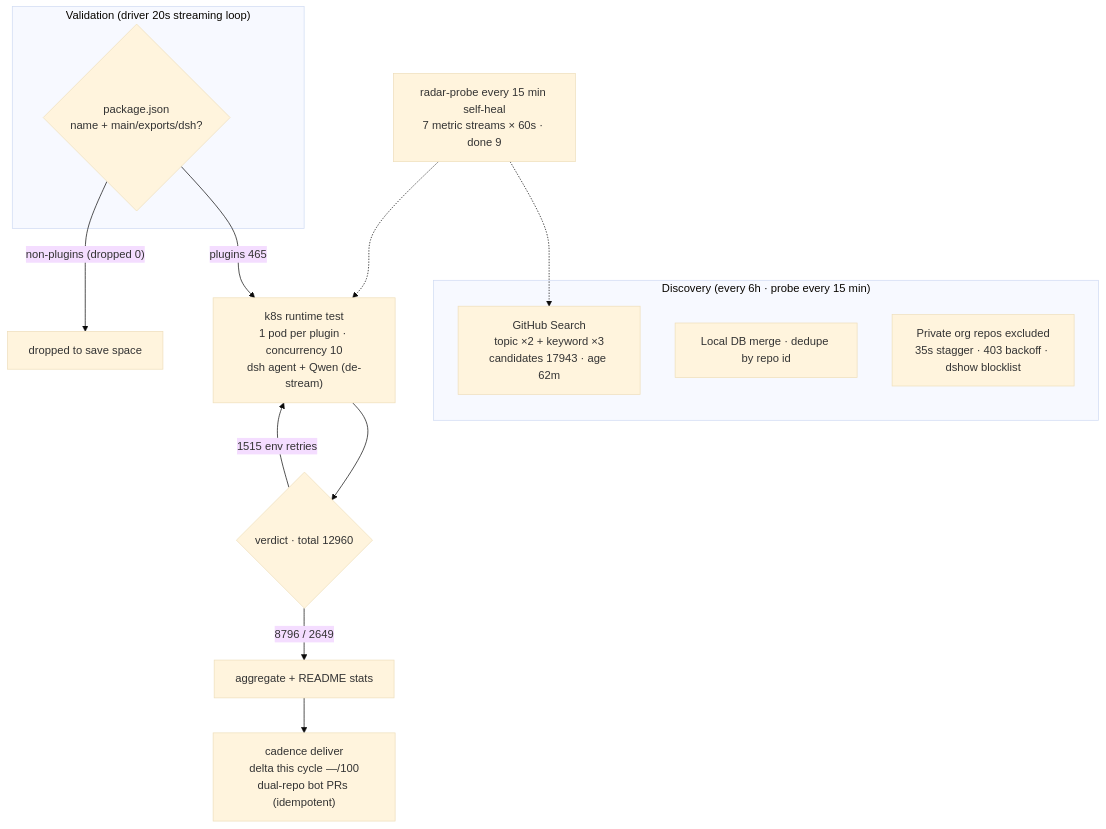
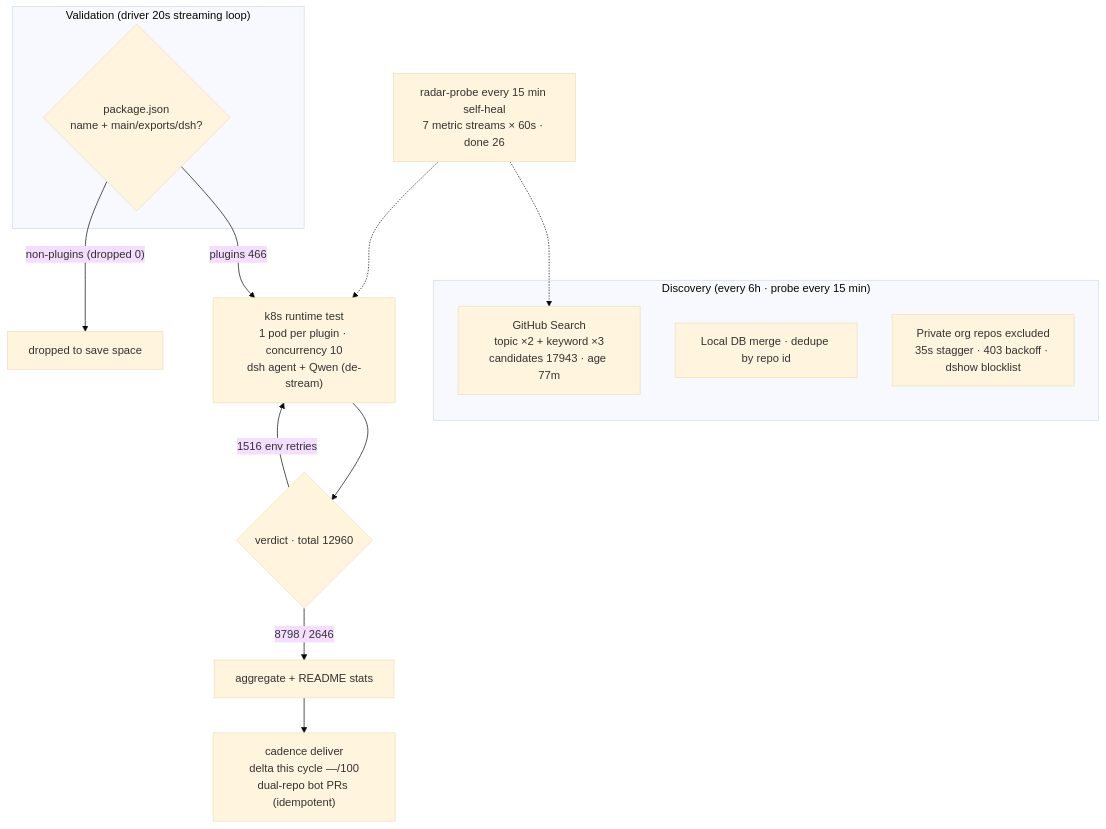
The diagram in README.en-US.md (AdamPlatin123/awesome-dsh-plugins), drawn with Mermaid (base theme) before and after one commit. The commit also changed other lines of this file and 5 other files, not shown here.

````diff
--- a/README.en-US.md
+++ b/README.en-US.md
@@ -45,20 +45,20 @@
 ```mermaid
 flowchart TB
     subgraph Discovery["Discovery (every 6h · probe every 15 min)"]
-        A1["GitHub Search<br/>topic ×2 + keyword ×3<br/>candidates 17943 · age 62m"]
+        A1["GitHub Search<br/>topic ×2 + keyword ×3<br/>candidates 17943 · age 77m"]
         A2["Local DB merge · dedupe by repo id"]
         A3["Private org repos excluded<br/>35s stagger · 403 backoff · dshow blocklist"]
     end
     subgraph Validation["Validation (driver 20s streaming loop)"]
         B1{"package.json<br/>name + main/exports/dsh?"}
     end
-    B1 -->|"plugins 465"| C1["k8s runtime test<br/>1 pod per plugin · concurrency 10<br/>dsh agent + Qwen (de-stream)"]
+    B1 -->|"plugins 466"| C1["k8s runtime test<br/>1 pod per plugin · concurrency 10<br/>dsh agent + Qwen (de-stream)"]
     B1 -->|"non-plugins (dropped 0)"| B3["dropped to save space"]
     C1 --> D1{"verdict · total 12960"}
-    D1 -->|"8796 / 2649"| E1["aggregate + README stats"]
-    D1 -->|"1515 env retries"| C1
+    D1 -->|"8798 / 2646"| E1["aggregate + README stats"]
+    D1 -->|"1516 env retries"| C1
     E1 --> E2["cadence deliver<br/>delta this cycle —/100<br/>dual-repo bot PRs (idempotent)"]
-    M["radar-probe every 15 min self-heal<br/>7 metric streams × 60s · done 9"]
+    M["radar-probe every 15 min self-heal<br/>7 metric streams × 60s · done 26"]
     M -.-> A1
     M -.-> C1
 ```
````
